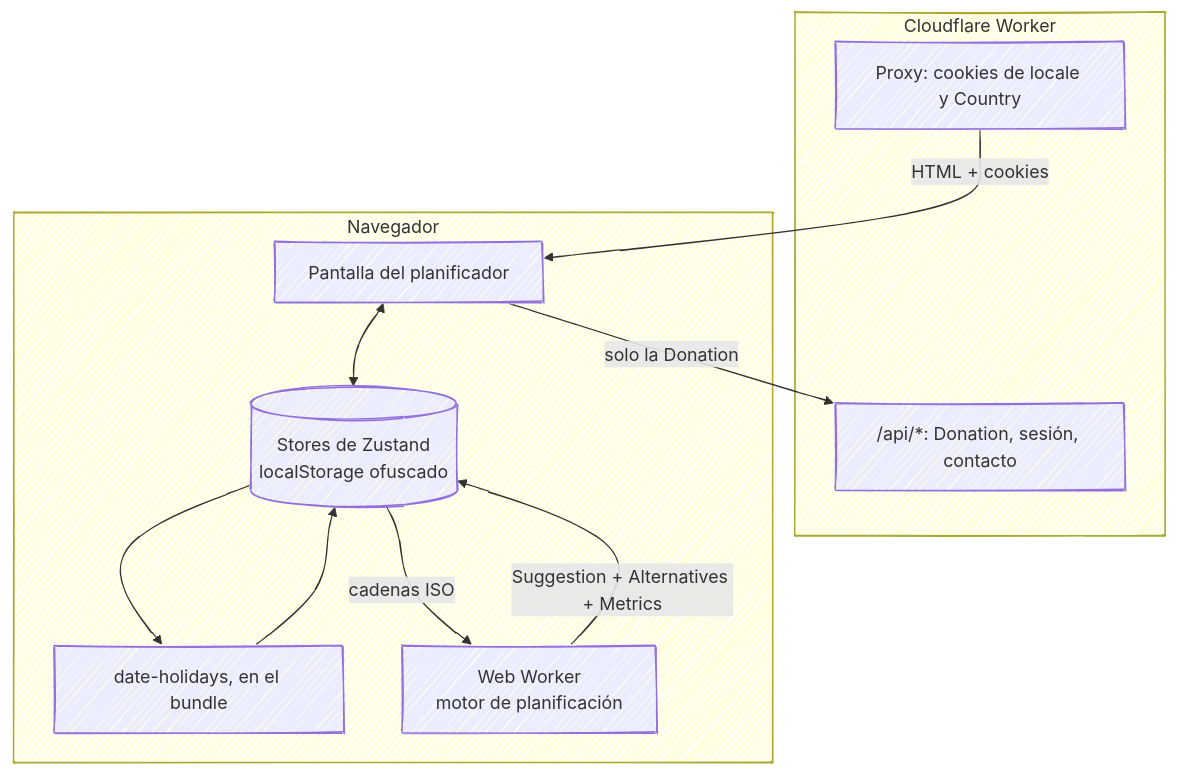
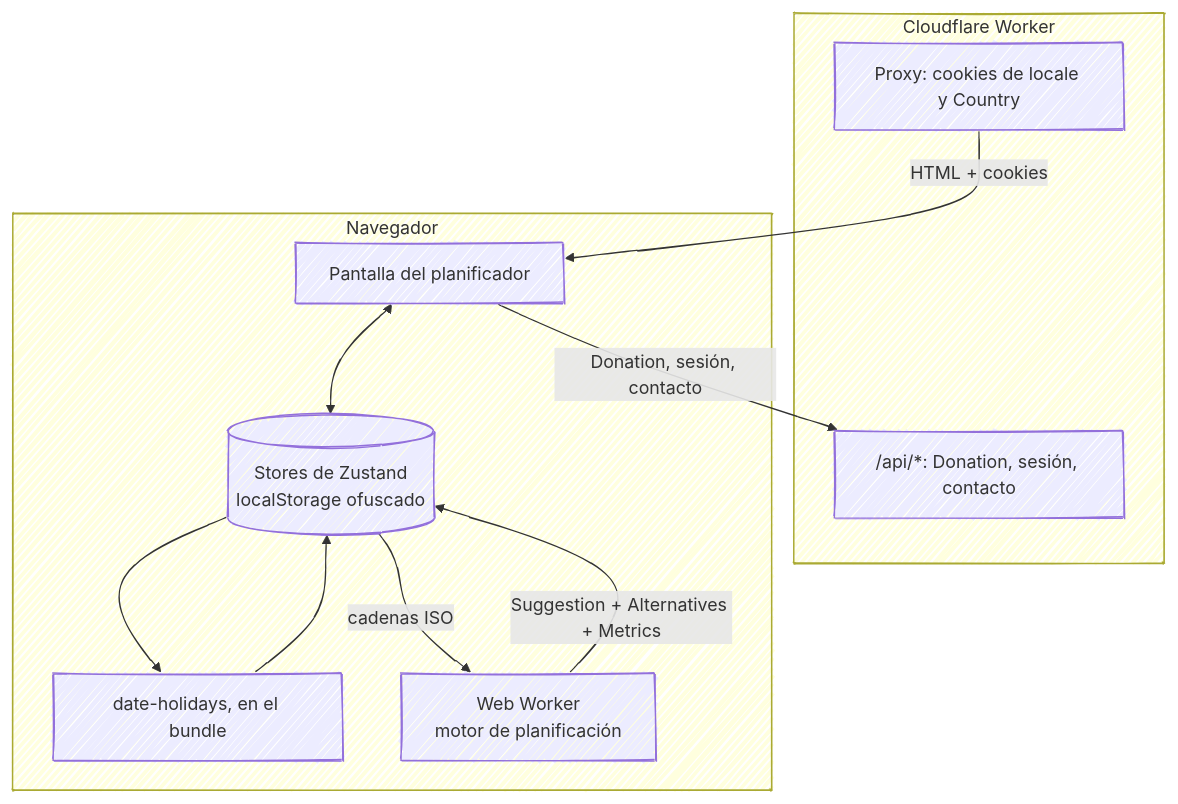
The diagram in apps/docs/src/content/docs/es/index.mdx (fbuireu/forever-pto), drawn with Mermaid before and after one commit. The commit also changed 22 other files, not shown here.

````diff
--- a/apps/docs/src/content/docs/es/index.mdx
+++ b/apps/docs/src/content/docs/es/index.mdx
@@ -27,23 +27,23 @@
 ```mermaid
 ---
 config:
   look: handDrawn
   layout: dagre
 ---
 flowchart TB
   subgraph edge [Cloudflare Worker]
     PX[Proxy: cookies de locale y Country]
     API["/api/*: Donation, sesión, contacto"]
   end
   subgraph browser [Navegador]
     ST[(Stores de Zustand<br/>localStorage ofuscado)]
     HOL[date-holidays, en el bundle]
     UI[Pantalla del planificador]
     WK[Web Worker<br/>motor de planificación]
   end
   PX -->|HTML + cookies| UI
   UI <--> ST
   ST --> HOL --> ST
   ST -->|cadenas ISO| WK -->|Suggestion + Alternatives + Metrics| ST
-  UI -->|solo la Donation| API
+  UI -->|Donation, sesión, contacto| API
 ```
````
